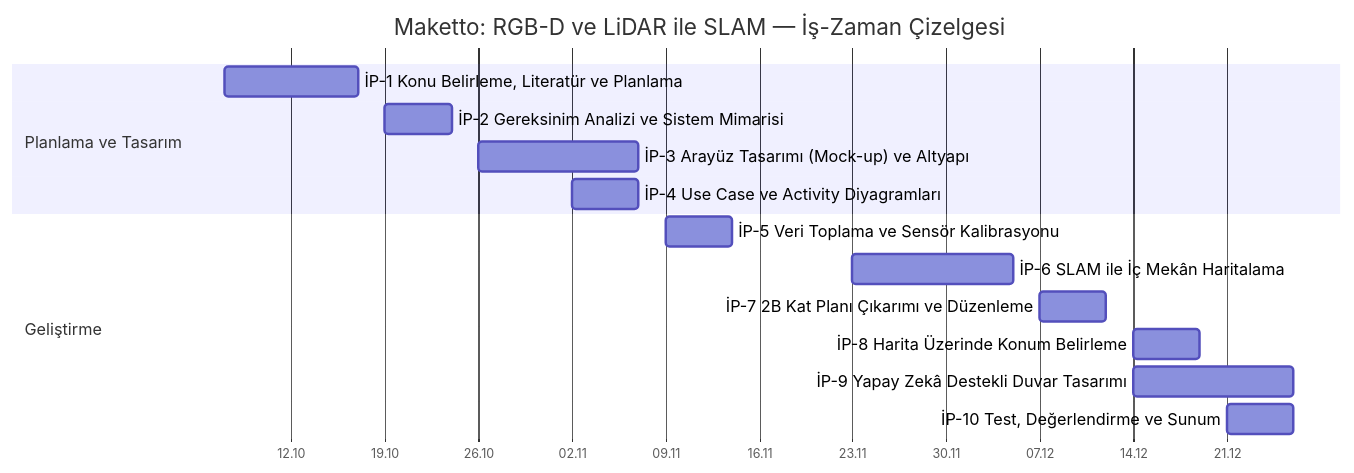
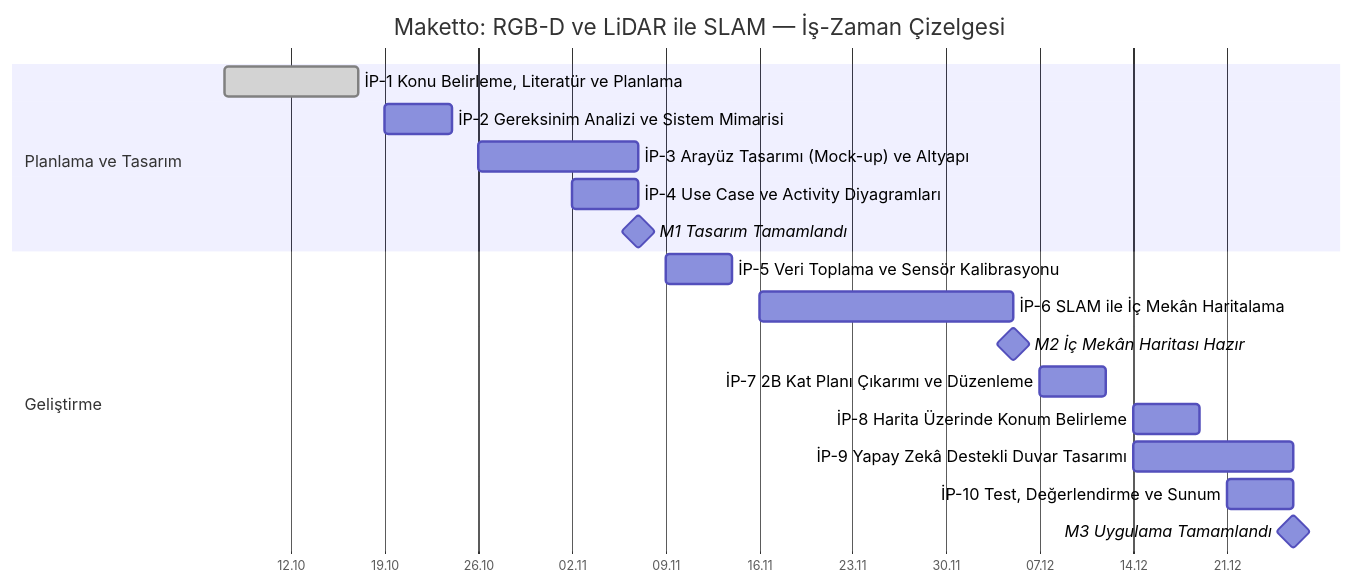
One commit to ismetaba/Maketto changed the diagram in GANTT.md. Above: the diagram before and after it, drawn with Mermaid. The commit also changed other lines of this file and 1 other file, not shown here.

First line of the commit message:
Strengthen the Gantt: longer SLAM phase, milestones, done marker

````diff
--- a/GANTT.md
+++ b/GANTT.md
@@ -16,23 +16,26 @@
 ```mermaid
 %%{init: {"gantt": {"leftPadding": 170, "barHeight": 24, "barGap": 6, "fontSize": 13, "sectionFontSize": 13, "numberSectionStyles": 3}}}%%
 gantt
     title Maketto: RGB-D ve LiDAR ile SLAM — İş-Zaman Çizelgesi
     dateFormat YYYY-MM-DD
     axisFormat %d.%m
     tickInterval 1week
     weekday monday
 
     section Planlama ve Tasarım
-    İP-1 Konu Belirleme, Literatür ve Planlama  :2026-10-07, 10d
+    İP-1 Konu Belirleme, Literatür ve Planlama  :done, 2026-10-07, 10d
     İP-2 Gereksinim Analizi ve Sistem Mimarisi  :2026-10-19, 5d
     İP-3 Arayüz Tasarımı (Mock-up) ve Altyapı   :2026-10-26, 12d
     İP-4 Use Case ve Activity Diyagramları      :2026-11-02, 5d
+    M1 Tasarım Tamamlandı                       :milestone, 2026-11-07, 0d
 
     section Geliştirme
     İP-5 Veri Toplama ve Sensör Kalibrasyonu    :2026-11-09, 5d
-    İP-6 SLAM ile İç Mekân Haritalama           :2026-11-23, 12d
+    İP-6 SLAM ile İç Mekân Haritalama           :2026-11-16, 19d
+    M2 İç Mekân Haritası Hazır                  :milestone, 2026-12-05, 0d
     İP-7 2B Kat Planı Çıkarımı ve Düzenleme     :2026-12-07, 5d
     İP-8 Harita Üzerinde Konum Belirleme        :2026-12-14, 5d
     İP-9 Yapay Zekâ Destekli Duvar Tasarımı     :2026-12-14, 12d
     İP-10 Test, Değerlendirme ve Sunum          :2026-12-21, 5d
+    M3 Uygulama Tamamlandı                      :milestone, 2026-12-26, 0d
 ```
````
